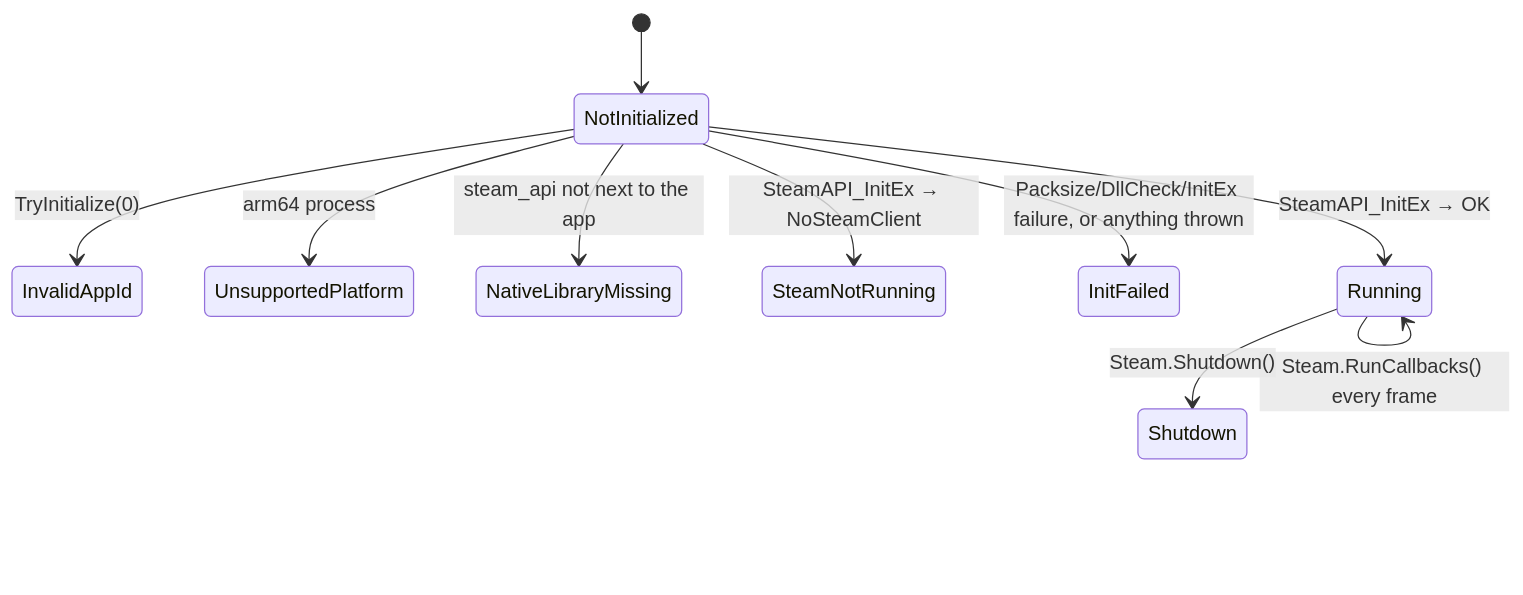
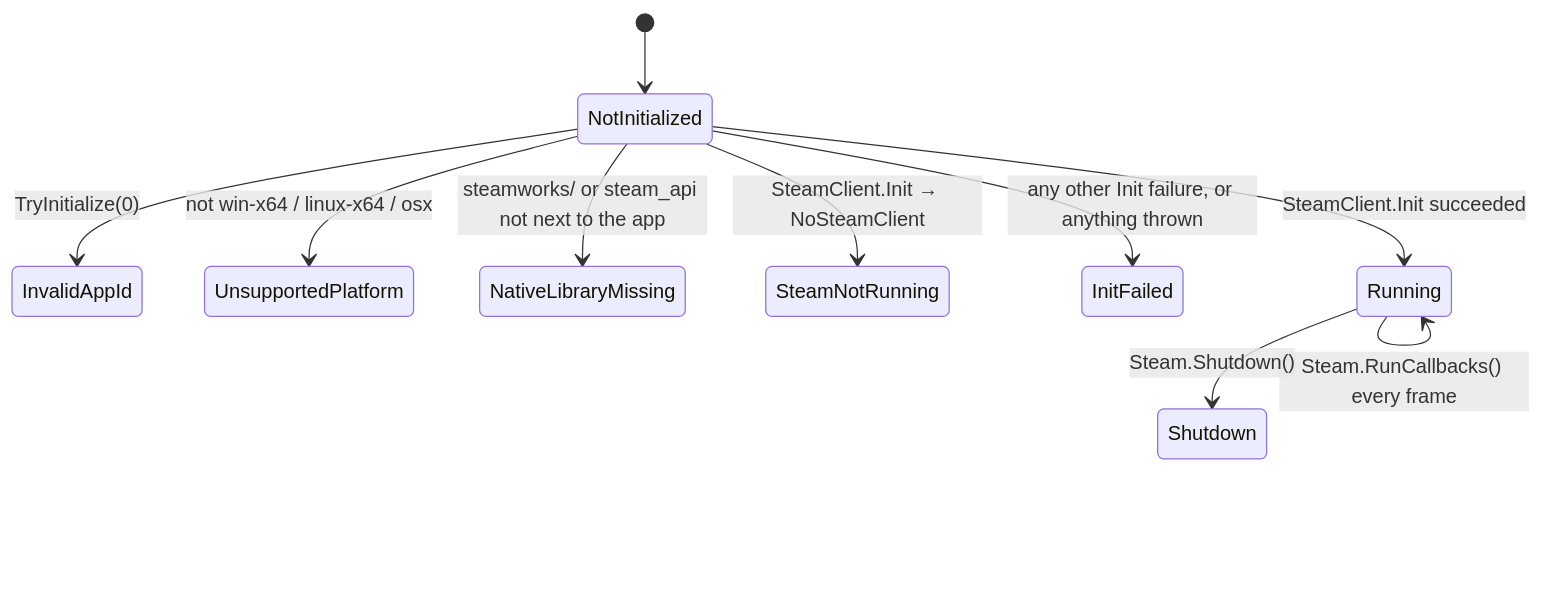
Before and after one commit to Mainframe-Games/mainframe-engine: the first of 2 diagrams in docs/design/steamworks.md, drawn with Mermaid. The commit also changed other lines of this file and 51 other files, not shown here.

First line of the commit message:
Steam on Windows/macOS/Linux via Facepunch.Steamworks; player builds from the NuGet package (#48) (#60)

````diff
--- a/docs/design/steamworks.md
+++ b/docs/design/steamworks.md
@@ -18,12 +16,12 @@
 ```mermaid
 stateDiagram-v2
     [*] --> NotInitialized
     NotInitialized --> InvalidAppId: TryInitialize(0)
-    NotInitialized --> UnsupportedPlatform: arm64 process
-    NotInitialized --> NativeLibraryMissing: steam_api not next to the app
-    NotInitialized --> SteamNotRunning: SteamAPI_InitEx → NoSteamClient
-    NotInitialized --> InitFailed: Packsize/DllCheck/InitEx failure, or anything thrown
-    NotInitialized --> Running: SteamAPI_InitEx → OK
+    NotInitialized --> UnsupportedPlatform: not win-x64 / linux-x64 / osx
+    NotInitialized --> NativeLibraryMissing: steamworks/ or steam_api not next to the app
+    NotInitialized --> SteamNotRunning: SteamClient.Init → NoSteamClient
+    NotInitialized --> InitFailed: any other Init failure, or anything thrown
+    NotInitialized --> Running: SteamClient.Init succeeded
     Running --> Running: Steam.RunCallbacks() every frame
     Running --> Shutdown: Steam.Shutdown()
 ```
````
